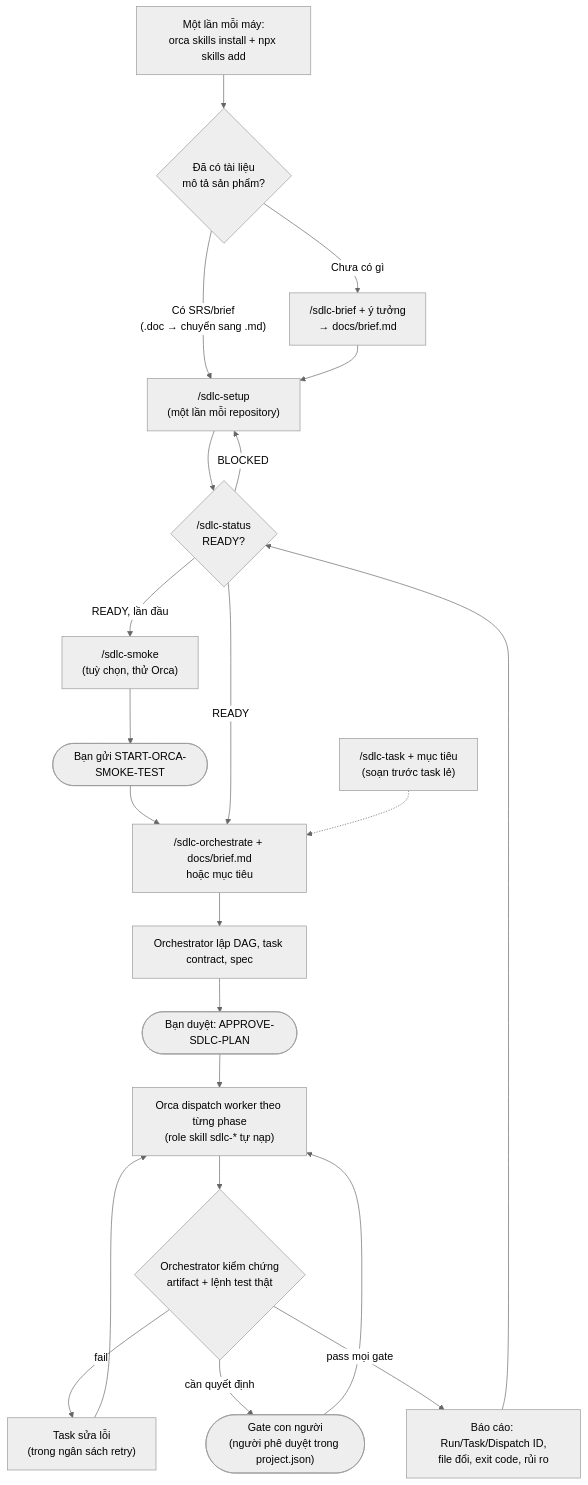
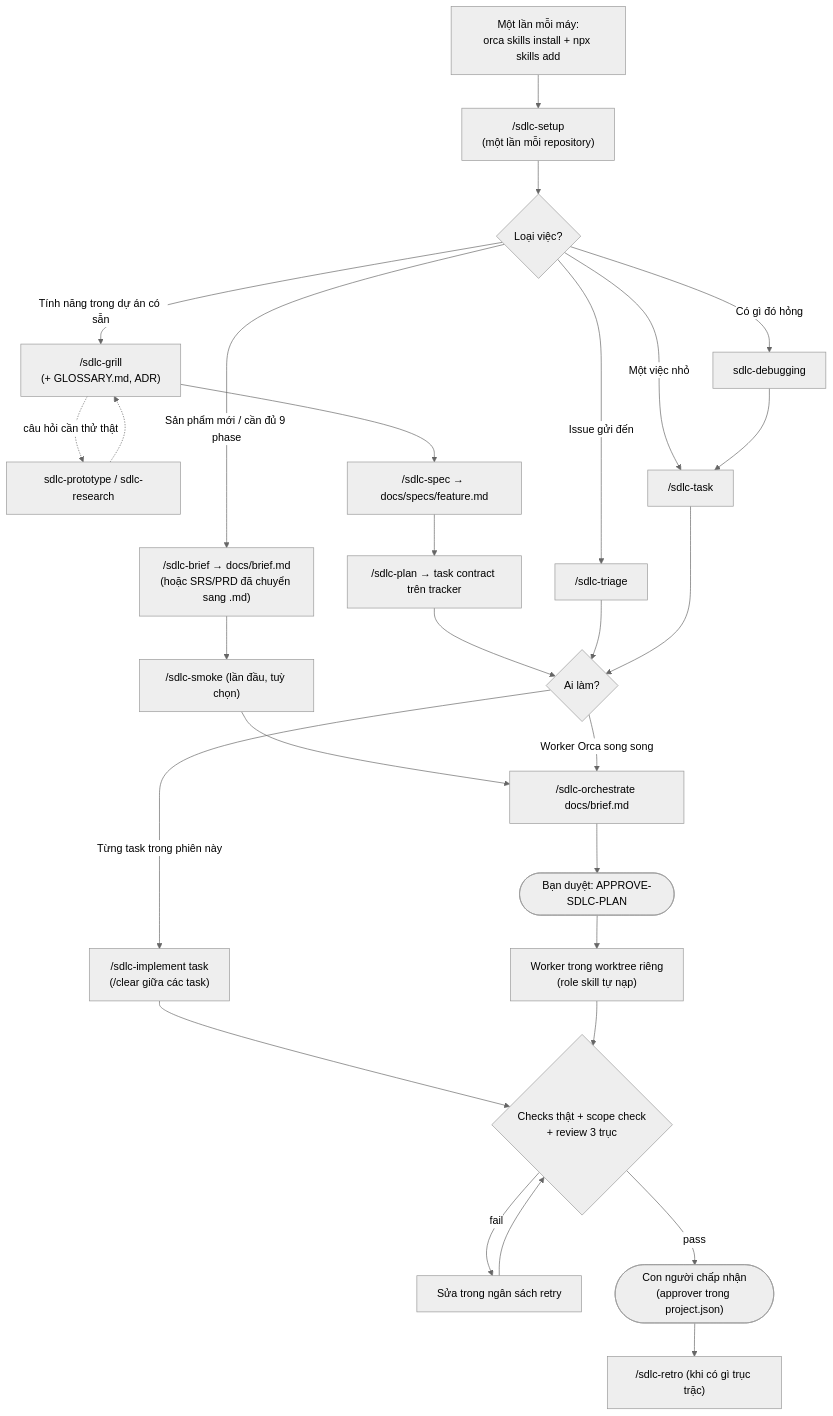
Before and after one commit to blackcrow-it/ai-sdlc-core: the diagram in README.md, drawn with Mermaid (neutral theme). The commit also changed other lines of this file and 88 other files, not shown here.

Commit message:
Expand SDLC workflow skills and enforce engineering quality checks

````diff
--- a/README.md
+++ b/README.md
@@ -64,22 +72,31 @@
 ```mermaid
 flowchart TD
-    A["Một lần mỗi máy:<br/>orca skills install + npx skills add"] --> Q{"Đã có tài liệu<br/>mô tả sản phẩm?"}
-    Q -- "Chưa có gì" --> BR["/sdlc-brief + ý tưởng<br/>→ docs/brief.md"]
-    Q -- "Có SRS/brief<br/>(.doc → chuyển sang .md)" --> B
-    BR --> B["/sdlc-setup<br/>(một lần mỗi repository)"]
-    B --> C{"/sdlc-status<br/>READY?"}
-    C -- "BLOCKED" --> B
-    C -- "READY, lần đầu" --> D["/sdlc-smoke<br/>(tuỳ chọn, thử Orca)"]
-    D --> G1(["Bạn gửi START-ORCA-SMOKE-TEST"])
-    G1 --> E
-    C -- "READY" --> E["/sdlc-orchestrate + docs/brief.md<br/>hoặc mục tiêu"]
-    T["/sdlc-task + mục tiêu<br/>(soạn trước task lẻ)"] -.-> E
-    E --> P["Orchestrator lập DAG, task contract, spec"]
-    P --> G2(["Bạn duyệt: APPROVE-SDLC-PLAN"])
-    G2 --> W["Orca dispatch worker theo từng phase<br/>(role skill sdlc-* tự nạp)"]
-    W --> V{"Orchestrator kiểm chứng<br/>artifact + lệnh test thật"}
-    V -- "fail" --> R["Task sửa lỗi<br/>(trong ngân sách retry)"] --> W
-    V -- "cần quyết định" --> H(["Gate con người<br/>(người phê duyệt trong project.json)"]) --> W
-    V -- "pass mọi gate" --> F["Báo cáo: Run/Task/Dispatch ID,<br/>file đổi, exit code, rủi ro"]
-    F --> C
+    A["Một lần mỗi máy:<br/>orca skills install + npx skills add"] --> S["/sdlc-setup<br/>(một lần mỗi repository)"]
+    S --> Q{"Loại việc?"}
+
+    Q -- "Sản phẩm mới / cần đủ 9 phase" --> BR["/sdlc-brief → docs/brief.md<br/>(hoặc SRS/PRD đã chuyển sang .md)"]
+    BR --> SM["/sdlc-smoke (lần đầu, tuỳ chọn)"]
+    SM --> OR["/sdlc-orchestrate docs/brief.md"]
+
+    Q -- "Tính năng trong dự án có sẵn" --> GR["/sdlc-grill<br/>(+ GLOSSARY.md, ADR)"]
+    GR -. "câu hỏi cần thử thật" .-> PR["sdlc-prototype / sdlc-research"] -.-> GR
+    GR --> SP["/sdlc-spec → docs/specs/feature.md"]
+    SP --> PL["/sdlc-plan → task contract trên tracker"]
+    Q -- "Một việc nhỏ" --> TK["/sdlc-task"]
+
+    Q -- "Issue gửi đến" --> TR["/sdlc-triage"]
+    Q -- "Có gì đó hỏng" --> DB["sdlc-debugging"] --> TK
+
+    PL --> CH{"Ai làm?"}
+    TR --> CH
+    TK --> CH
+    CH -- "Từng task trong phiên này" --> IM["/sdlc-implement task<br/>(/clear giữa các task)"]
+    CH -- "Worker Orca song song" --> OR
+    OR --> G(["Bạn duyệt: APPROVE-SDLC-PLAN"]) --> W["Worker trong worktree riêng<br/>(role skill tự nạp)"]
+
+    IM --> V{"Checks thật + scope check<br/>+ review 3 trục"}
+    W --> V
+    V -- "fail" --> FX["Sửa trong ngân sách retry"] --> V
+    V -- "pass" --> AC(["Con người chấp nhận<br/>(approver trong project.json)"])
+    AC --> RE["/sdlc-retro (khi có gì trục trặc)"]
 ```
````
